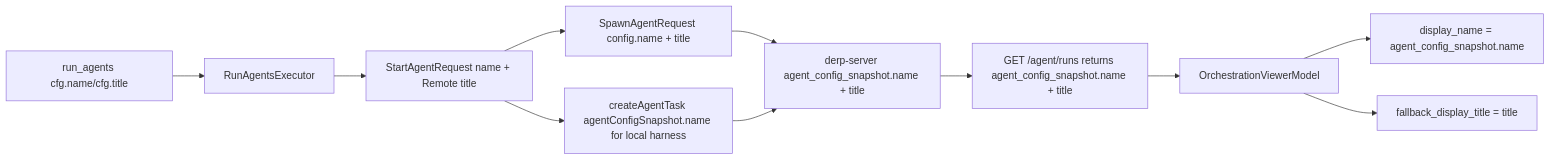
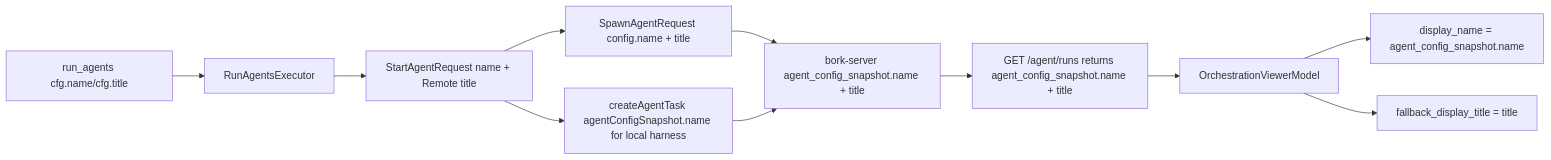
The diagram in specs/QUALITY-731/TECH.md (antikrust/krust-terminal), drawn with Mermaid before and after one commit. The commit also changed other lines of this file and 4477 other files, not shown here.

First line of the commit message:
Rebrand Derp -> Bork

````diff
--- a/specs/QUALITY-731/TECH.md
+++ b/specs/QUALITY-731/TECH.md
@@ -50,13 +50,13 @@
 ```mermaid
 flowchart LR
     A[run_agents cfg.name/cfg.title] --> B[RunAgentsExecutor]
     B --> C[StartAgentRequest name + Remote title]
     C --> D[SpawnAgentRequest config.name + title]
     C --> E[createAgentTask agentConfigSnapshot.name for local harness]
-    D --> F[derp-server agent_config_snapshot.name + title]
+    D --> F[bork-server agent_config_snapshot.name + title]
     E --> F
     F --> G[GET /agent/runs returns agent_config_snapshot.name + title]
     G --> H[OrchestrationViewerModel]
     H --> I[display_name = agent_config_snapshot.name]
     H --> J[fallback_display_title = title]
 ```
````
